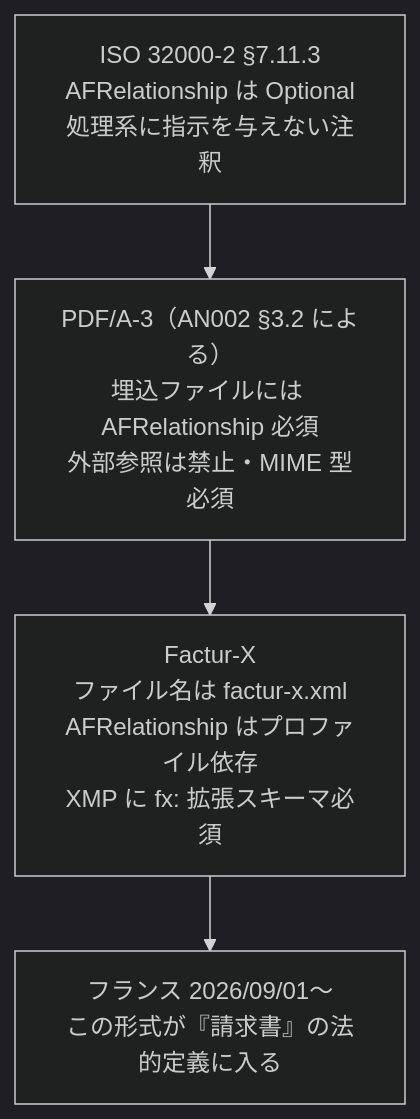
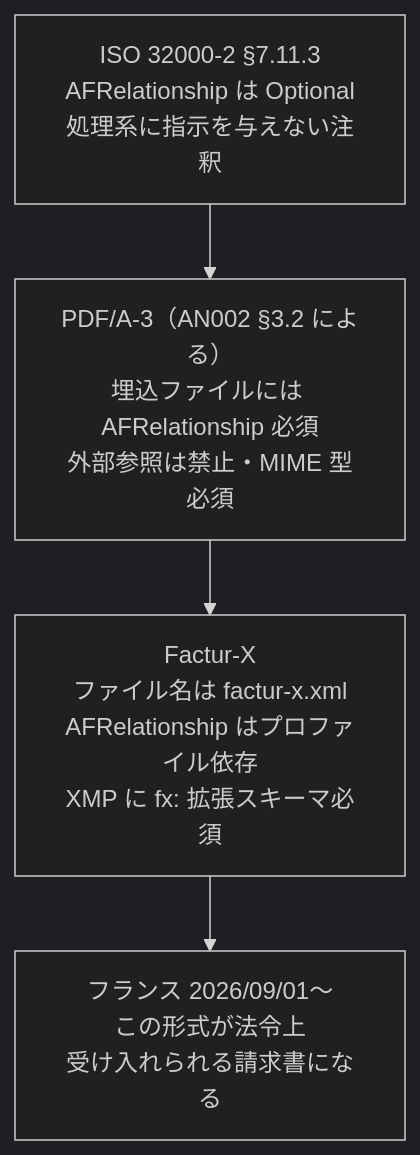
Before and after one commit to shuji-bonji/zenn-articles: the second of 5 diagrams in articles/facturx-pdfa3-uk-france-einvoicing.md, drawn with Mermaid (dark theme). The commit also changed other lines of this file, not shown here.

````diff
--- a/articles/facturx-pdfa3-uk-france-einvoicing.md
+++ b/articles/facturx-pdfa3-uk-france-einvoicing.md
@@ -185,8 +187,8 @@
 ```mermaid
 flowchart TB
     L1["ISO 32000-2 §7.11.3<br/>AFRelationship は Optional<br/>処理系に指示を与えない注釈"]
     L2["PDF/A-3（AN002 §3.2 による）<br/>埋込ファイルには AFRelationship 必須<br/>外部参照は禁止・MIME 型必須"]
     L3["Factur-X<br/>ファイル名は factur-x.xml<br/>AFRelationship はプロファイル依存<br/>XMP に fx: 拡張スキーマ必須"]
-    L4["フランス 2026/09/01〜<br/>この形式が『請求書』の法的定義に入る"]
+    L4["フランス 2026/09/01〜<br/>この形式が法令上<br/>受け入れられる請求書になる"]
     L1 --> L2 --> L3 --> L4
 ```
````
